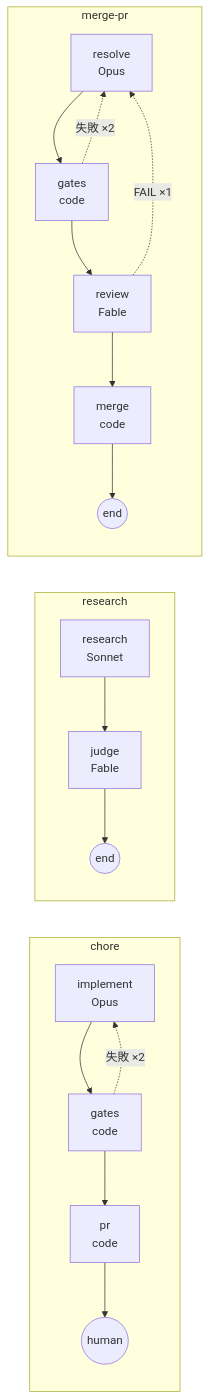
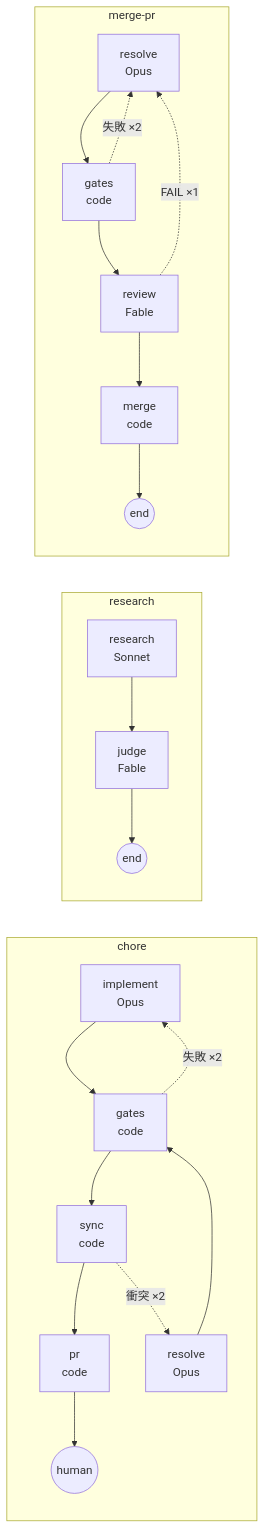
The third of 4 diagrams in website/content/ja/guides/workflows.md (akkijp-oss/aifactory), drawn with Mermaid before and after one commit. The commit also changed other lines of this file and 28 other files, not shown here.

````diff
--- a/website/content/ja/guides/workflows.md
+++ b/website/content/ja/guides/workflows.md
@@ -36,15 +38,16 @@
 ```mermaid
 flowchart LR
   subgraph chore
-    ic[implement<br>Opus] --> gc[gates<br>code] --> pc[pr<br>code] --> hc((human))
+    ic[implement<br>Opus] --> gc[gates<br>code] --> sc[sync<br>code] --> pc[pr<br>code] --> hc((human))
     gc -. 失敗 ×2 .-> ic
+    sc -. 衝突 ×2 .-> rc[resolve<br>Opus] --> gc
   end
   subgraph research
     rr[research<br>Sonnet] --> jj[judge<br>Fable] --> ee((end))
   end
   subgraph merge-pr
     rs[resolve<br>Opus] --> gm[gates<br>code] --> rv[review<br>Fable] --> mg[merge<br>code] --> en((end))
     gm -. 失敗 ×2 .-> rs
     rv -. FAIL ×1 .-> rs
   end
 ```
````
